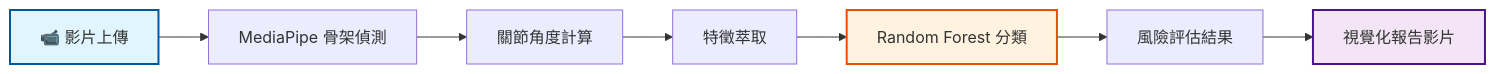
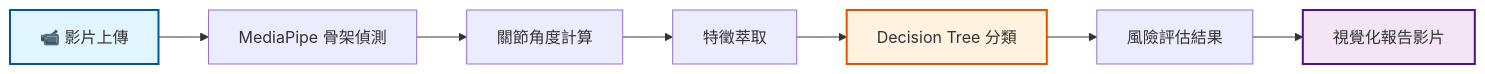
One commit to Yile516/AI_Rehab_System changed the diagram in README.md. Above: the diagram before and after it, drawn with Mermaid. The commit also changed other lines of this file and 9 other files, not shown here.

````diff
--- a/README.md
+++ b/README.md
@@ -48,13 +48,13 @@
 ```mermaid
 graph LR
     A[📹 影片上傳] --> B[MediaPipe 骨架偵測]
     B --> C[關節角度計算]
     C --> D[特徵萃取]
-    D --> E[Random Forest 分類]
+    D[特徵萃取] --> E[Decision Tree 分類]
     E --> F[風險評估結果]
     F --> G[視覺化報告影片]
     
     style A fill:#e1f5ff,stroke:#01579b,stroke-width:2px
     style E fill:#fff3e0,stroke:#e65100,stroke-width:2px
     style G fill:#f3e5f5,stroke:#4a148c,stroke-width:2px
 ```
````
